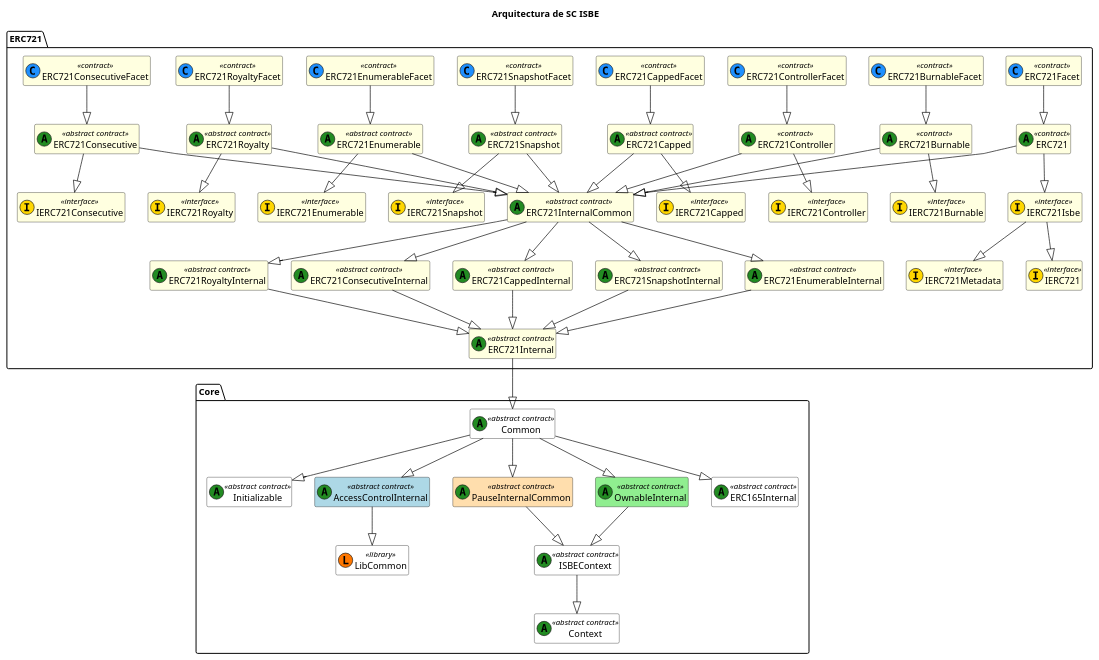
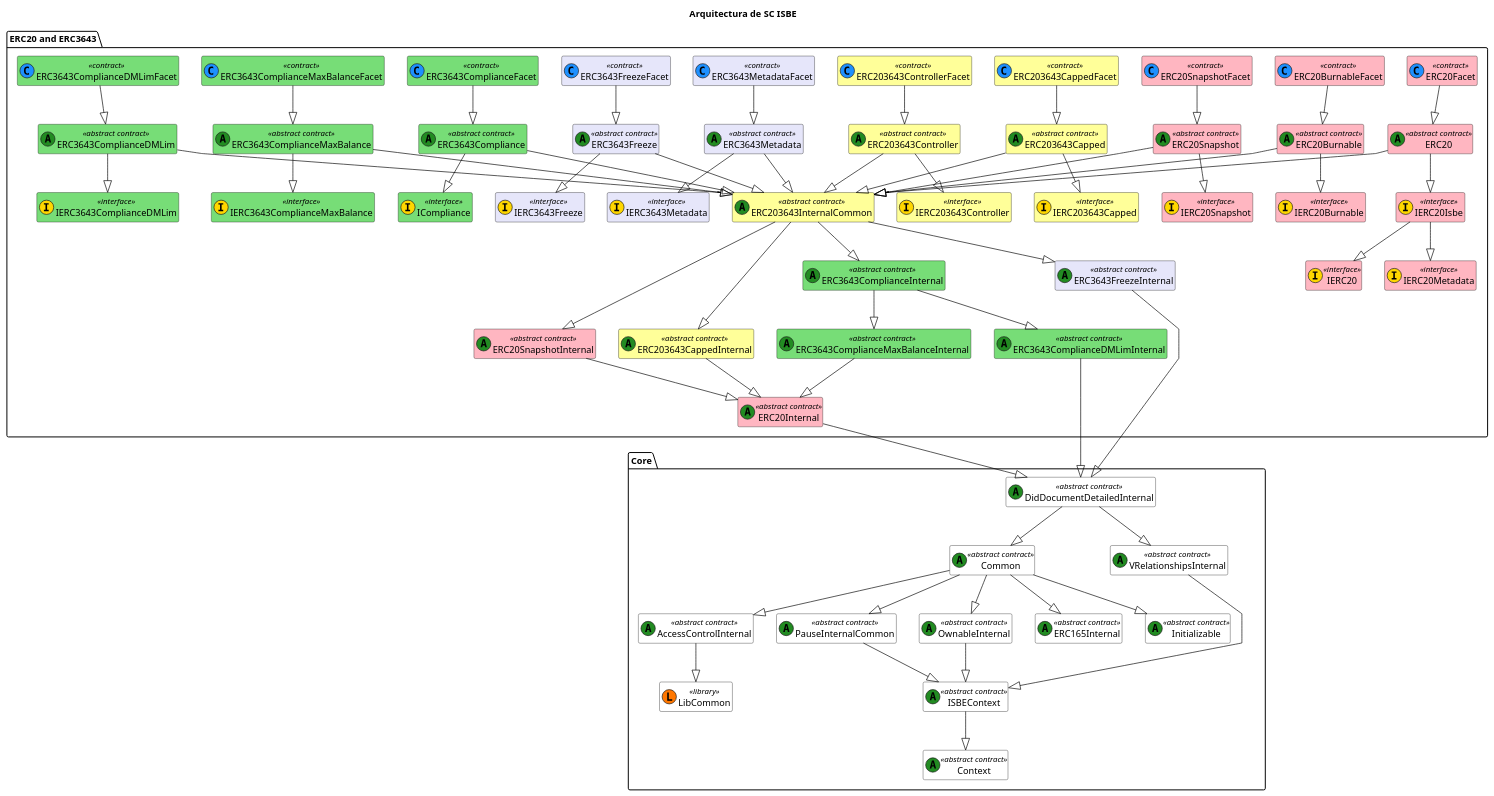
Before and after one commit to red-isbe/isbe-contracts: the diagram in docs/diagrams/ISBE-SC-UML-Global-Functional_2.puml, drawn with PlantUML. The commit also changed 5 other files, not shown here.

Commit message:
update tokens diagram uml

```diff
--- a/docs/diagrams/ISBE-SC-UML-Global-Functional_2.puml
+++ b/docs/diagrams/ISBE-SC-UML-Global-Functional_2.puml
@@ -1,123 +1,171 @@
 @startuml
 title Arquitectura de SC ISBE
 
 skinparam class {
     BackgroundColor White
     ArrowColor Black
     BorderColor Black
 }
 skinparam linetype polyline
 hide empty members
 
 ' === CORE ===
 package "Core" {
     class Initializable <<(A,#228b22) abstract contract>>
     class Common <<(A,#228b22) abstract contract>>
+    class DidDocumentDetailedInternal <<(A,#228b22) abstract contract>>
+    class VRelationshipsInternal <<(A,#228b22) abstract contract>>
     class LibCommon << (L,#FF7700) library >>
     class ISBEContext <<(A,#228b22) abstract contract>>
-    class AccessControlInternal <<(A,#228b22) abstract contract>> #lightblue
-    class PauseInternalCommon <<(A,#228b22) abstract contract>> #FFDEAD
-    class OwnableInternal <<(A,#228b22) abstract contract>> #lightgreen
+    class AccessControlInternal <<(A,#228b22) abstract contract>> 
+    class PauseInternalCommon <<(A,#228b22) abstract contract>> 
+    class OwnableInternal <<(A,#228b22) abstract contract>> 
     class ERC165Internal <<(A,#228b22) abstract contract>>
     class Context <<(A,#228b22) abstract contract>>
 
+    DidDocumentDetailedInternal --|> Common
+    DidDocumentDetailedInternal --|> VRelationshipsInternal 
     Common --|> Initializable
     Common --|> ERC165Internal
     Common --|> AccessControlInternal
     Common --|> OwnableInternal
     Common --|> PauseInternalCommon
+    VRelationshipsInternal--|> ISBEContext
     PauseInternalCommon --|> ISBEContext
     OwnableInternal --|> ISBEContext
     ISBEContext --|> Context
     AccessControlInternal --|> LibCommon
 }
 
-' === ERC721 ===
-package "ERC721" {
-    class IERC721 <<(I,#FFD700) interface>> #FFFFE0
-    class IERC721Metadata <<(I,#FFD700) interface>> #FFFFE0
-    class IERC721Isbe <<(I,#FFD700) interface>> #FFFFE0  
-    class ERC721Internal <<(A,#228B22) abstract contract>> #FFFFE0
-    class ERC721InternalCommon <<(A,#228B22) abstract contract>> #FFFFE0
-    class ERC721 <<(A,#228B22) contract>> #FFFFE0
-    class ERC721Facet <<(C,#1E90FF) contract>> #FFFFE0
 
-    ERC721 --|> IERC721Isbe
-    IERC721Isbe--|> IERC721
-    IERC721Isbe--|> IERC721Metadata
-    ERC721 --|> ERC721InternalCommon
-    ERC721Internal --|> Common
-    ERC721Facet --|> ERC721
 
-    class IERC721Burnable <<(I,#FFD700) interface>> #FFFFE0
-    class ERC721Burnable <<(A,#228B22) contract>> #FFFFE0
-    class ERC721BurnableFacet <<(C,#1E90FF) contract>> #FFFFE0
 
-    ERC721BurnableFacet --|> ERC721Burnable
-    ERC721Burnable --|> IERC721Burnable
-    ERC721Burnable --|> ERC721InternalCommon
+' === ERC20 and ERC3643 ===
+package "ERC20 and ERC3643" {
+    class IERC20 <<(I,#FFD700) interface>> #FFB6C1
+    class IERC20Metadata <<(I,#FFD700) interface>> #FFB6C1
+    class IERC20Isbe <<(I,#FFD700) interface>> #FFB6C1
+    class IERC20Burnable <<(I,#FFD700) interface>> #FFB6C1
+    class IERC20Snapshot <<(I,#FFD700) interface>> #FFB6C1
+    class IERC203643Capped <<(I,#FFD700) interface>> #FFFF99
+    class IERC203643Controller <<(I,#FFD700) interface>> #FFFF99
+    
 
-    class IERC721Controller <<(I,#FFD700) interface>> #FFFFE0
-    class ERC721Controller <<(A,#228B22) contract>> #FFFFE0
-    class ERC721ControllerFacet <<(C,#1E90FF) contract>> #FFFFE0
+    class ERC20 <<(A,#228B22) abstract contract>> #FFB6C1
+    class ERC20Facet <<(C,#1E90FF) contract>> #FFB6C1
+    class ERC20Internal <<(A,#228B22) abstract contract>> #FFB6C1
 
-    ERC721ControllerFacet --|> ERC721Controller
-    ERC721Controller --|> IERC721Controller
-    ERC721Controller --|> ERC721InternalCommon
+    class ERC20Burnable <<(A,#228B22) abstract contract>> #FFB6C1
+    class ERC20BurnableFacet <<(C,#1E90FF) contract>> #FFB6C1
 
-    class IERC721Capped <<(I,#FFD700) interface>> #FFFFE0
-    class ERC721CappedInternal <<(A,#228B22) abstract contract>> #FFFFE0
-    class ERC721Capped <<(A,#228B22) abstract contract>> #FFFFE0
-    class ERC721CappedFacet <<(C,#1E90FF) contract>> #FFFFE0
- 
-    ERC721CappedFacet --|> ERC721Capped
-    ERC721Capped --|> IERC721Capped
-    ERC721Capped --|> ERC721InternalCommon
-    ERC721InternalCommon --|> ERC721CappedInternal
-    ERC721CappedInternal --|> ERC721Internal
+    class ERC20Snapshot <<(A,#228B22) abstract contract>> #FFB6C1
+    class ERC20SnapshotFacet <<(C,#1E90FF) contract>> #FFB6C1
+    class ERC20SnapshotInternal <<(A,#228B22) abstract contract>> #FFB6C1
 
-    class IERC721Snapshot <<(I,#FFD700) interface>> #FFFFE0
-    class ERC721SnapshotInternal <<(A,#228B22) abstract contract>> #FFFFE0
-    class ERC721Snapshot <<(A,#228B22) abstract contract>> #FFFFE0
-    class ERC721SnapshotFacet <<(C,#1E90FF) contract>> #FFFFE0
+    class ERC203643Capped <<(A,#228B22) abstract contract>> #FFFF99
+    class ERC203643CappedFacet <<(C,#1E90FF) contract>> #FFFF99
+    class ERC203643CappedInternal <<(A,#228B22) abstract contract>> #FFFF99
+
+    class ERC203643Controller <<(A,#228B22) abstract contract>> #FFFF99
+    class ERC203643ControllerFacet <<(C,#1E90FF) contract>> #FFFF99
+
     
-    ERC721SnapshotFacet --|> ERC721Snapshot
-    ERC721Snapshot --|> IERC721Snapshot
-    ERC721Snapshot --|> ERC721InternalCommon
-    ERC721InternalCommon --|> ERC721SnapshotInternal
-    ERC721SnapshotInternal --|> ERC721Internal
 
-    class IERC721Enumerable <<(I,#FFD700) interface>> #FFFFE0
-    class ERC721EnumerableInternal <<(A,#228B22) abstract contract>> #FFFFE0
-    class ERC721Enumerable <<(A,#228B22) abstract contract>> #FFFFE0
-    class ERC721EnumerableFacet <<(C,#1E90FF) contract>> #FFFFE0
+    ERC20 --|> IERC20Isbe
+    IERC20Isbe --|> IERC20
+    IERC20Isbe --|> IERC20Metadata
+    
+  
+    ERC20Internal --|> DidDocumentDetailedInternal 
+    ERC20Facet --|> ERC20
 
-    ERC721EnumerableFacet --|> ERC721Enumerable
-    ERC721Enumerable --|> IERC721Enumerable
-    ERC721Enumerable --|> ERC721InternalCommon
-    ERC721InternalCommon --|> ERC721EnumerableInternal
-    ERC721EnumerableInternal --|> ERC721Internal
+    ERC20Burnable --|> IERC20Burnable
+    ERC20BurnableFacet --|> ERC20Burnable
 
-    class IERC721Royalty <<(I,#FFD700) interface>> #FFFFE0
-    class ERC721RoyaltyInternal <<(A,#228B22) abstract contract>> #FFFFE0
-    class ERC721Royalty <<(A,#228B22) abstract contract>> #FFFFE0
-    class ERC721RoyaltyFacet <<(C,#1E90FF) contract>> #FFFFE0
+    ERC203643Capped --|> IERC203643Capped
+    ERC203643CappedFacet --|> ERC203643Capped
+    ERC203643CappedInternal --|> ERC20Internal
+
+    ERC203643Controller --|> IERC203643Controller
+    ERC203643ControllerFacet --|> ERC203643Controller
+
+    ERC20Snapshot --|> IERC20Snapshot
+    ERC20SnapshotFacet --|> ERC20Snapshot
+    ERC20SnapshotInternal --|> ERC20Internal
+
+
+
+    ' --- Metadata ---
+    class IERC3643Metadata <<(I,#FFD700) interface>> #E6E6FA
+    class ERC3643Metadata <<(A,#228B22) abstract contract>> #E6E6FA
+    class ERC3643MetadataFacet <<(C,#1E90FF) contract>> #E6E6FA
+
+    ERC3643MetadataFacet --|> ERC3643Metadata 
+    ERC3643Metadata --|> IERC3643Metadata   
+
+    ' --- Freeze ---
+    class IERC3643Freeze <<(I,#FFD700) interface>> #E6E6FA
+    class ERC3643FreezeInternal <<(A,#228B22) abstract contract>> #E6E6FA
+    class ERC3643Freeze <<(A,#228B22) abstract contract>> #E6E6FA
+    class ERC3643FreezeFacet <<(C,#1E90FF) contract>> #E6E6FA
+
+    ERC3643FreezeFacet --|> ERC3643Freeze
+    ERC3643Freeze --|> IERC3643Freeze  
+    ERC3643FreezeInternal --|> DidDocumentDetailedInternal 
+
+    ' --- Compliance---
+    class ICompliance <<(I,#FFD700) interface>> #77DD77
+    class ERC3643ComplianceInternal <<(A,#228B22) abstract contract>> #77DD77
+    class ERC3643Compliance <<(A,#228B22) abstract contract>> #77DD77
+    class ERC3643ComplianceFacet <<(C,#1E90FF) contract>> #77DD77
     
-    ERC721RoyaltyFacet --|> ERC721Royalty
-    ERC721Royalty --|> IERC721Royalty
-    ERC721Royalty --|> ERC721InternalCommon
-    ERC721InternalCommon --|> ERC721RoyaltyInternal
-    ERC721RoyaltyInternal --|> ERC721Internal
+    ERC3643ComplianceFacet --|> ERC3643Compliance
+    ERC3643Compliance --|> ICompliance   
 
-    class IERC721Consecutive <<(I,#FFD700) interface>> #FFFFE0
-    class ERC721ConsecutiveInternal <<(A,#228B22) abstract contract>> #FFFFE0
-    class ERC721Consecutive <<(A,#228B22) abstract contract>> #FFFFE0
-    class ERC721ConsecutiveFacet <<(C,#1E90FF) contract>> #FFFFE0
+    ' --- Compliance Max Balance---
+    class IERC3643ComplianceMaxBalance <<(I,#FFD700) interface>> #77DD77
+    class ERC3643ComplianceMaxBalanceInternal <<(A,#228B22) abstract contract>> #77DD77
+    class ERC3643ComplianceMaxBalance <<(A,#228B22) abstract contract>> #77DD77
+    class ERC3643ComplianceMaxBalanceFacet <<(C,#1E90FF) contract>> #77DD77
+    
+    ERC3643ComplianceMaxBalanceFacet --|> ERC3643ComplianceMaxBalance
+    ERC3643ComplianceMaxBalance --|> IERC3643ComplianceMaxBalance 
+    ERC3643ComplianceMaxBalanceInternal --|> ERC20Internal
 
-    ERC721ConsecutiveFacet --|> ERC721Consecutive
-    ERC721Consecutive --|> IERC721Consecutive
-    ERC721Consecutive --|> ERC721InternalCommon
-    ERC721InternalCommon --|> ERC721ConsecutiveInternal
-    ERC721ConsecutiveInternal --|> ERC721Internal
+    ERC3643ComplianceInternal --|> ERC3643ComplianceMaxBalanceInternal 
+
+   ' --- DM Limit---
+    class IERC3643ComplianceDMLim<<(I,#FFD700) interface>> #77DD77
+    class ERC3643ComplianceDMLimInternal<<(A,#228B22) abstract contract>> #77DD77
+    class ERC3643ComplianceDMLim<<(A,#228B22) abstract contract>> #77DD77
+    class ERC3643ComplianceDMLimFacet<<(C,#1E90FF) contract>> #77DD77
+    
+    ERC3643ComplianceDMLimFacet--|> ERC3643ComplianceDMLim
+    ERC3643ComplianceDMLim--|> IERC3643ComplianceDMLim
+    ERC3643ComplianceDMLimInternal--|> DidDocumentDetailedInternal
+
+    ERC3643ComplianceInternal --|> ERC3643ComplianceDMLimInternal
+    
+
+    ' --- ERC203643 Internal Common ---
+    class ERC203643InternalCommon <<(A,#228B22) abstract contract>> #FFFF99
+    ERC203643InternalCommon --|> ERC20SnapshotInternal
+    ERC203643InternalCommon --|> ERC203643CappedInternal
+    ERC203643InternalCommon --|> ERC3643FreezeInternal
+    ERC203643InternalCommon --|> ERC3643ComplianceInternal
+
+
+    ERC3643Metadata --|> ERC203643InternalCommon
+    ERC3643Freeze --|> ERC203643InternalCommon
+    ERC20 --|> ERC203643InternalCommon
+    ERC20Burnable --|> ERC203643InternalCommon
+    ERC203643Capped --|> ERC203643InternalCommon
+    ERC203643Controller --|> ERC203643InternalCommon
+    ERC20Snapshot --|> ERC203643InternalCommon
+    ERC3643Compliance --|> ERC203643InternalCommon
+    ERC3643ComplianceMaxBalance --|> ERC203643InternalCommon
+    ERC3643ComplianceDMLim --|> ERC203643InternalCommon
+
+
 }
 @enduml
```
